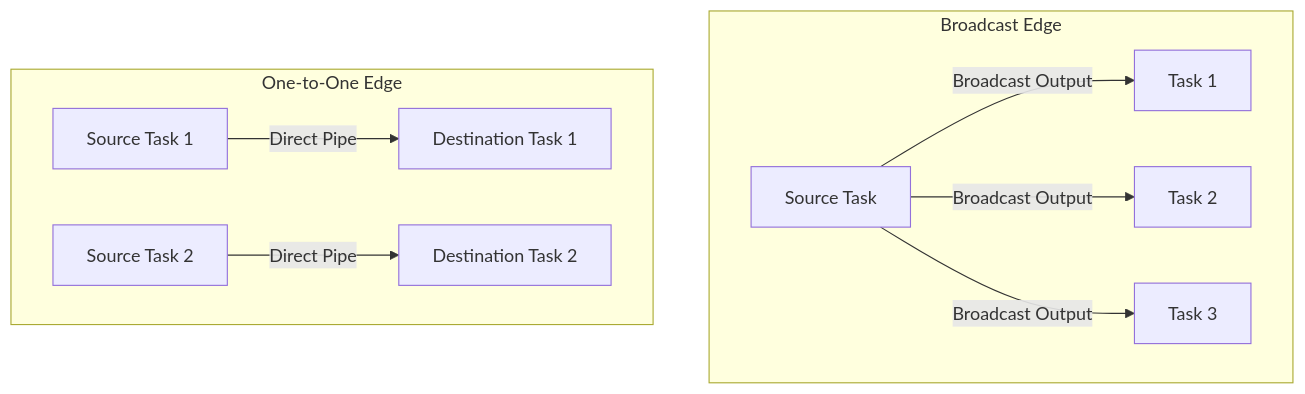
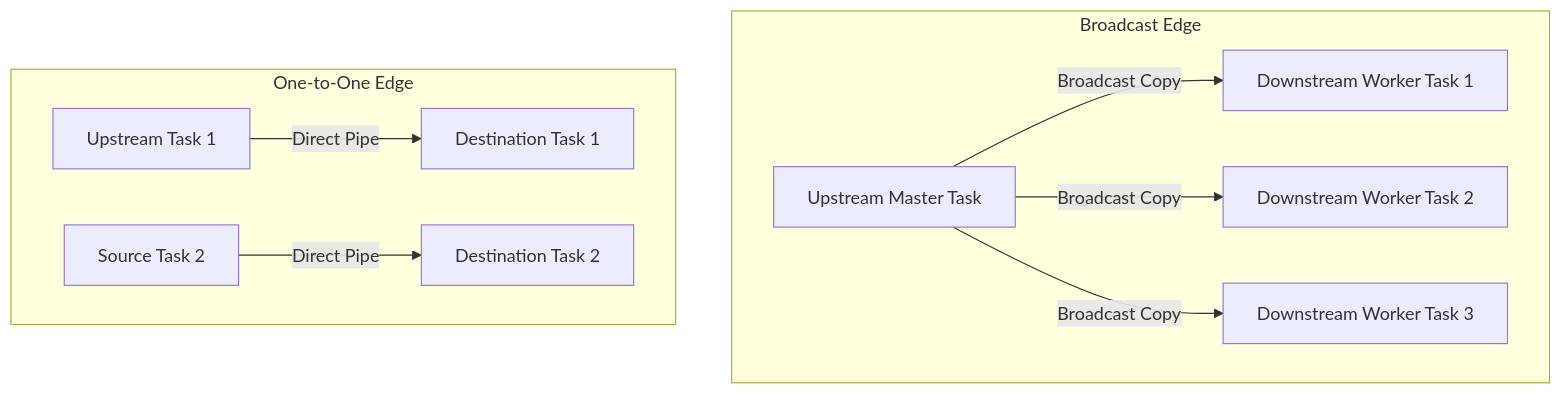
The seventh of 10 diagrams in Day-15-Tez-Execution-Engine/README.md (userhimanshuverma/30_Days_of_Modern_Hadoop_Ecosystem), drawn with Mermaid before and after one commit. The commit also changed other lines of this file and 1 other file, not shown here.

Commit message:
fix: Quote all subgraphs in diagrams and README to resolve Mermaid parsing errors

````diff
--- a/Day-15-Tez-Execution-Engine/README.md
+++ b/Day-15-Tez-Execution-Engine/README.md
@@ -309,13 +309,13 @@
 ```mermaid
 graph TD
-    subgraph Broadcast Edge
-        SrcB[Source Task] -->|Broadcast Output| DestB1[Task 1]
-        SrcB -->|Broadcast Output| DestB2[Task 2]
-        SrcB -->|Broadcast Output| DestB3[Task 3]
+    subgraph "Broadcast Edge"
+        B_Src[Upstream Master Task] -->|Broadcast Copy| B_Dest1[Downstream Worker Task 1]
+        B_Src -->|Broadcast Copy| B_Dest2[Downstream Worker Task 2]
+        B_Src -->|Broadcast Copy| B_Dest3[Downstream Worker Task 3]
     end
     
-    subgraph One-to-One Edge
-        SrcO1[Source Task 1] -->|Direct Pipe| DestO1[Destination Task 1]
+    subgraph "One-to-One Edge"
+        O_Src1[Upstream Task 1] -->|Direct Pipe| O_Dest1[Destination Task 1]
         SrcO2[Source Task 2] -->|Direct Pipe| DestO2[Destination Task 2]
     end
 ```
````
